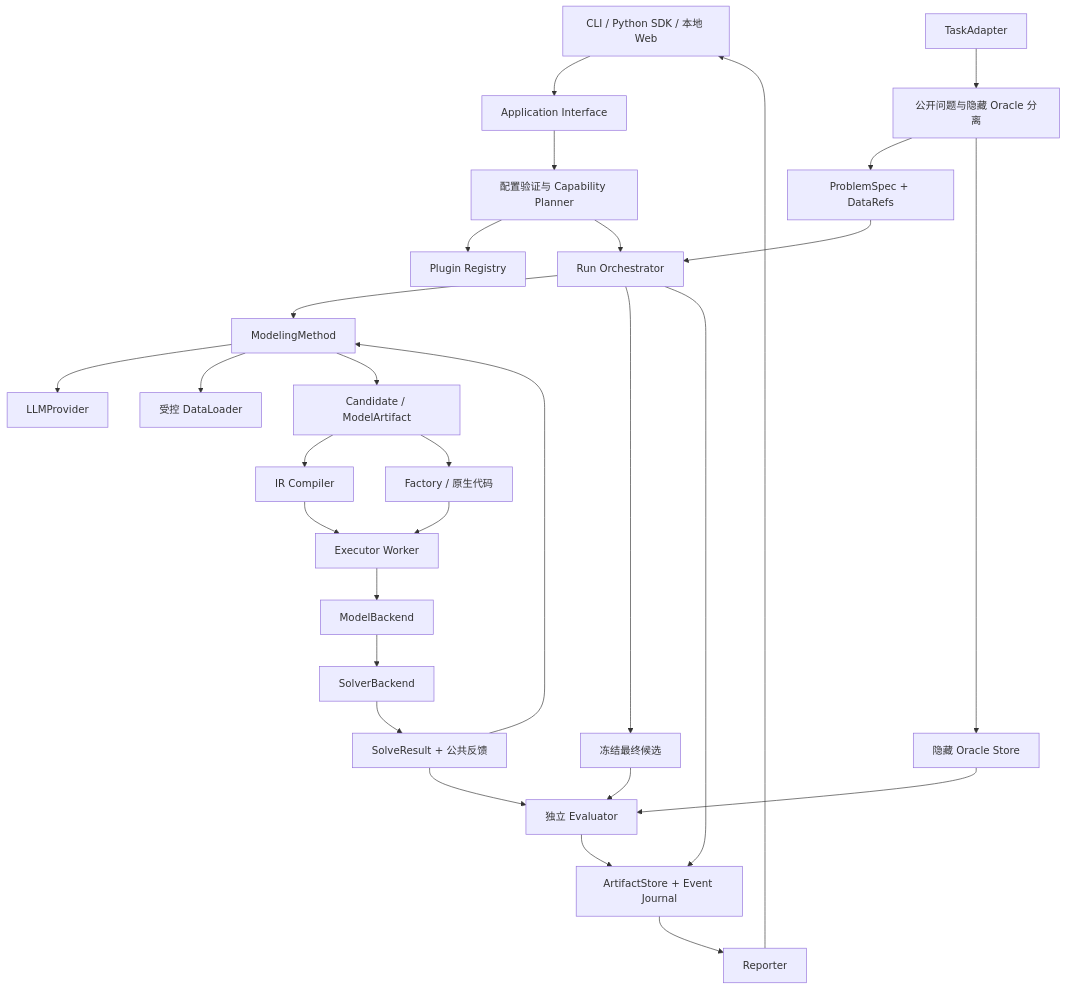
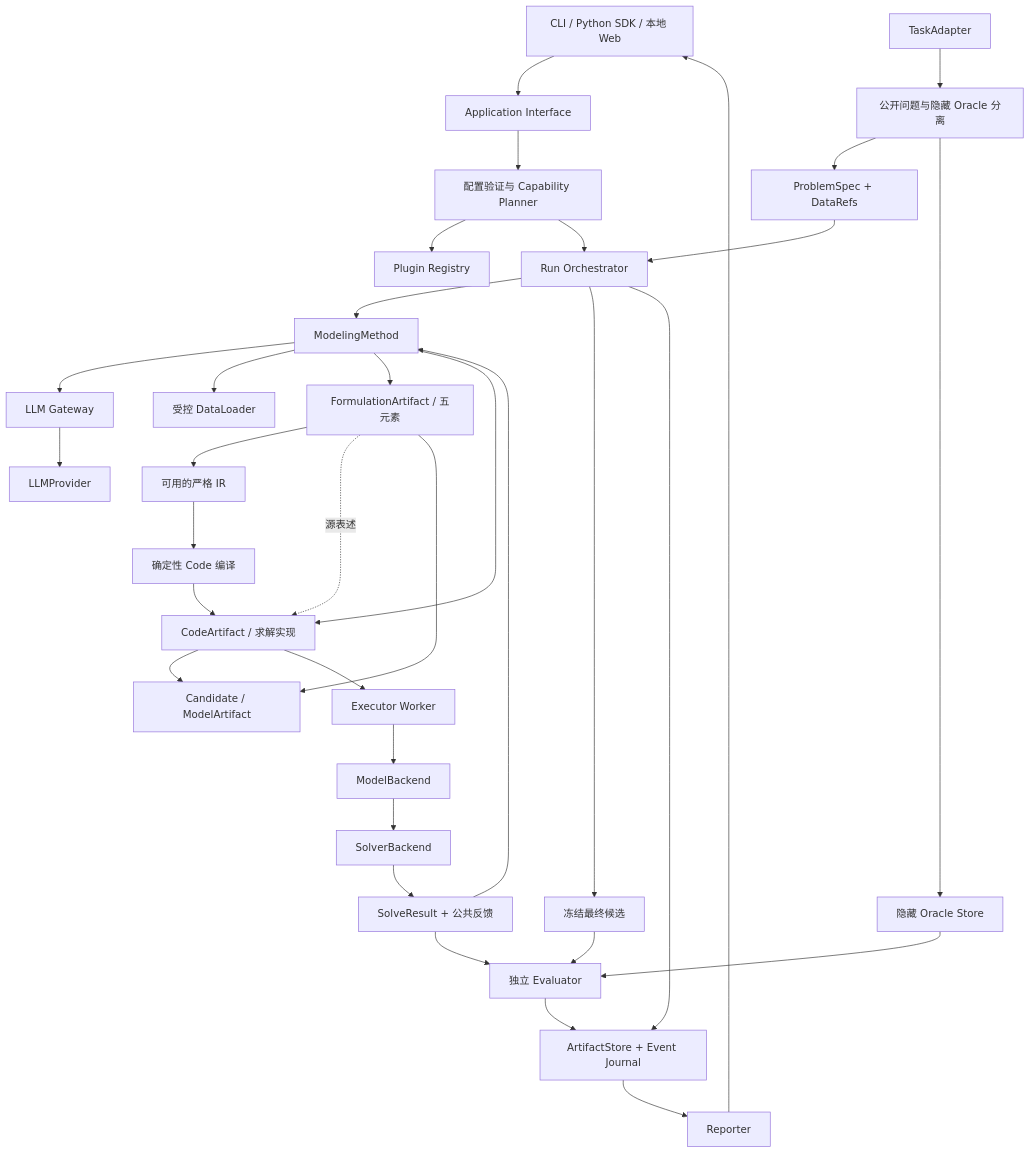
The first of 2 diagrams in docs/architecture.md (Fangziyang0910/LLM4OM), drawn with Mermaid before and after one commit. The commit also changed other lines of this file and 51 other files, not shown here.

Commit message:
docs: establish LLM4OM formulation and code design baseline

````diff
--- a/docs/architecture.md
+++ b/docs/architecture.md
@@ -16,31 +36,36 @@
 ```mermaid
 flowchart TD
     UI[CLI / Python SDK / 本地 Web] --> API[Application Interface]
     API --> PRE[配置验证与 Capability Planner]
     PRE --> REG[Plugin Registry]
     PRE --> RUN[Run Orchestrator]
     TASK[TaskAdapter] --> SPLIT[公开问题与隐藏 Oracle 分离]
     SPLIT --> PUB[ProblemSpec + DataRefs]
     PUB --> RUN
     RUN --> METHOD[ModelingMethod]
-    METHOD --> LLM[LLMProvider]
+    METHOD --> LLM[LLM Gateway]
+    LLM --> PROVIDER[LLMProvider]
     METHOD --> DATA[受控 DataLoader]
-    METHOD --> CAND[Candidate / ModelArtifact]
-    CAND --> IR[IR Compiler]
-    CAND --> CODE[Factory / 原生代码]
-    IR --> EXEC[Executor Worker]
-    CODE --> EXEC
+    METHOD --> FORM[FormulationArtifact / 五元素]
+    FORM --> IR[可用的严格 IR]
+    IR --> COMP[确定性 Code 编译]
+    METHOD --> CODE[CodeArtifact / 求解实现]
+    FORM -.源表述.-> CODE
+    COMP --> CODE
+    FORM --> CAND[Candidate / ModelArtifact]
+    CODE --> CAND
+    CODE --> EXEC[Executor Worker]
     EXEC --> MB[ModelBackend]
     MB --> SOLVER[SolverBackend]
     SOLVER --> RESULT[SolveResult + 公共反馈]
     RESULT --> METHOD
     RUN --> FINAL[冻结最终候选]
     FINAL --> EVAL[独立 Evaluator]
     SPLIT --> ORACLE[隐藏 Oracle Store]
     ORACLE --> EVAL
     RESULT --> EVAL
     RUN --> STORE[ArtifactStore + Event Journal]
     EVAL --> STORE
     STORE --> REPORT[Reporter]
     REPORT --> UI
 ```
````
